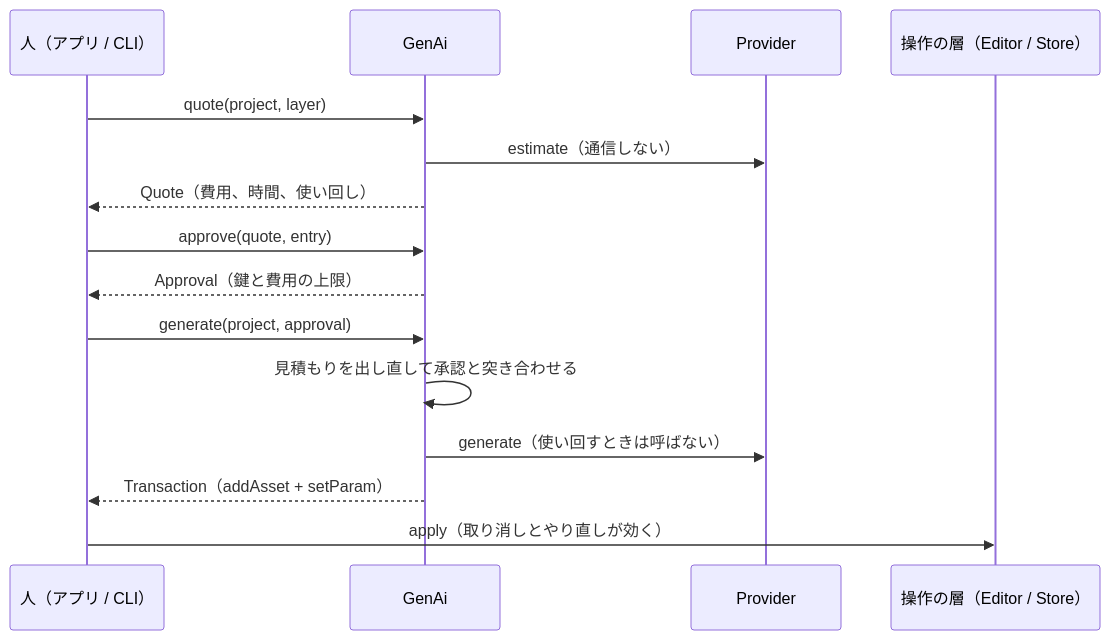
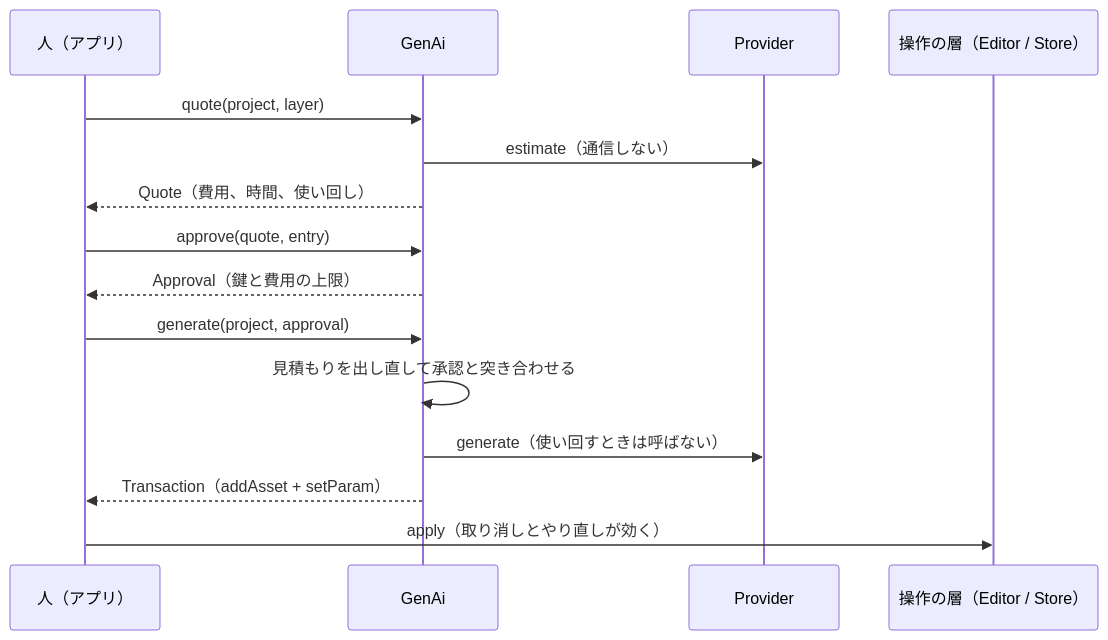
The diagram in movie-maker/crates/mm-nodes-genai/README.md (durun-lab/claude-marketplace), drawn with Mermaid before and after one commit. The commit also changed other lines of this file and 4 other files, not shown here.

````diff
--- a/movie-maker/crates/mm-nodes-genai/README.md
+++ b/movie-maker/crates/mm-nodes-genai/README.md
@@ -22,17 +22,17 @@
 ```mermaid
 sequenceDiagram
-  participant P as 人（アプリ / CLI）
+  participant P as 人（アプリ）
   participant G as GenAi
   participant V as Provider
   participant E as 操作の層（Editor / Store）
   P->>G: quote(project, layer)
   G->>V: estimate（通信しない）
   G-->>P: Quote（費用、時間、使い回し）
   P->>G: approve(quote, entry)
   G-->>P: Approval（鍵と費用の上限）
   P->>G: generate(project, approval)
   G->>G: 見積もりを出し直して承認と突き合わせる
   G->>V: generate（使い回すときは呼ばない）
   G-->>P: Transaction（addAsset + setParam）
   P->>E: apply（取り消しとやり直しが効く）
 ```
````
